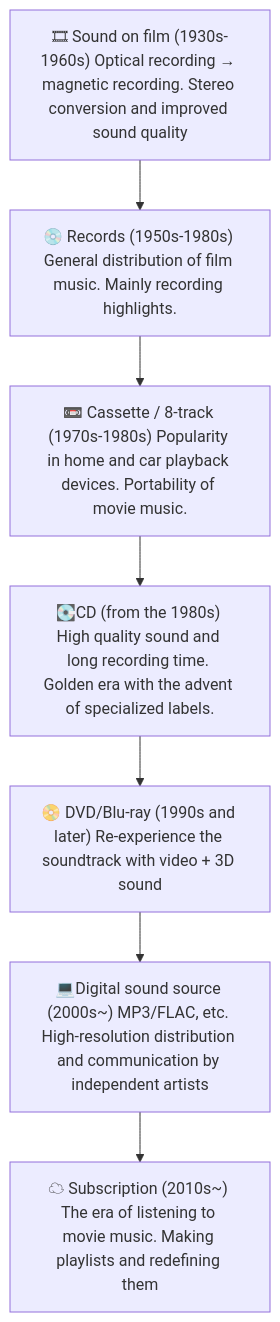
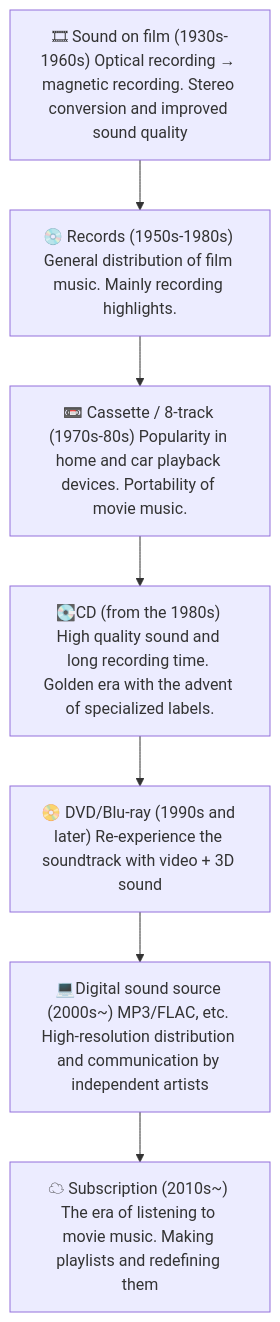
One commit to monumental-movement/monumental-movement.github.io changed the diagram in en/_posts/2025-07-17-Column-Soundtrack.md. Above: the diagram before and after it, drawn with Mermaid. The commit also changed other lines of this file and 528 other files, not shown here.

```diff
--- a/en/_posts/2025-07-17-Column-Soundtrack.md
+++ b/en/_posts/2025-07-17-Column-Soundtrack.md
@@ -102,14 +102,14 @@
 <div class="mermaid">
 
 flowchart TD
   A["🎞 Sound on film (1930s-1960s) Optical recording → magnetic recording. Stereo conversion and improved sound quality"]
   B["💿 Records (1950s-1980s) General distribution of film music. Mainly recording highlights."]
-  C["📼 Cassette / 8-track (1970s-1980s) Popularity in home and car playback devices. Portability of movie music."]
+  C["📼 Cassette / 8-track (1970s-80s) Popularity in home and car playback devices. Portability of movie music."]
   D["💽CD (from the 1980s) High quality sound and long recording time. Golden era with the advent of specialized labels."]
   E["📀 DVD/Blu-ray (1990s and later) Re-experience the soundtrack with video + 3D sound"]
   F["💻Digital sound source (2000s~) MP3/FLAC, etc. High-resolution distribution and communication by independent artists"]
   G["☁ Subscription (2010s~) The era of listening to movie music. Making playlists and redefining them"]
 
   A --> B --> C --> D --> E --> F --> G
 
 </div>
```
